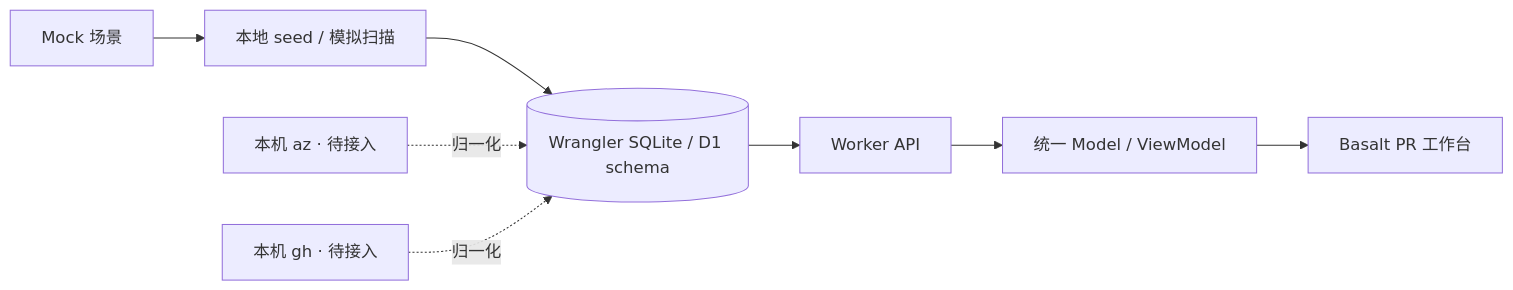
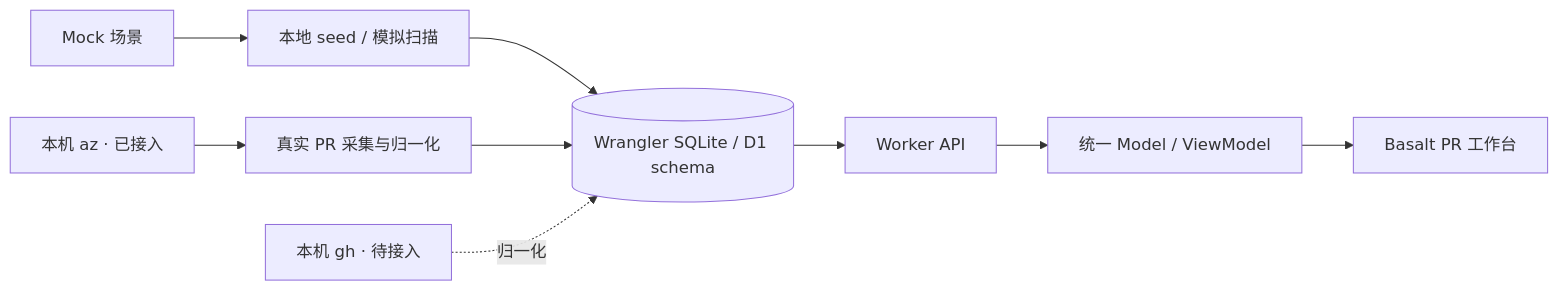
The diagram in docs/10-PR工作台与Mock预览.md (nocoo/signoff.now), drawn with Mermaid before and after one commit. The commit also changed other lines of this file and 17 other files, not shown here.

````diff
--- a/docs/10-PR工作台与Mock预览.md
+++ b/docs/10-PR工作台与Mock预览.md
@@ -26,10 +26,11 @@
 ```mermaid
 flowchart LR
     Mock[Mock 场景] --> Seed[本地 seed / 模拟扫描]
     Seed --> DB[(Wrangler SQLite / D1 schema)]
     DB --> API[Worker API]
     API --> Model[统一 Model / ViewModel]
     Model --> UI[Basalt PR 工作台]
-    ADO[本机 az · 待接入] -. 归一化 .-> DB
+    ADO[本机 az · 已接入] --> Collector[真实 PR 采集与归一化]
+    Collector --> DB
     GH[本机 gh · 待接入] -. 归一化 .-> DB
 ```
````
